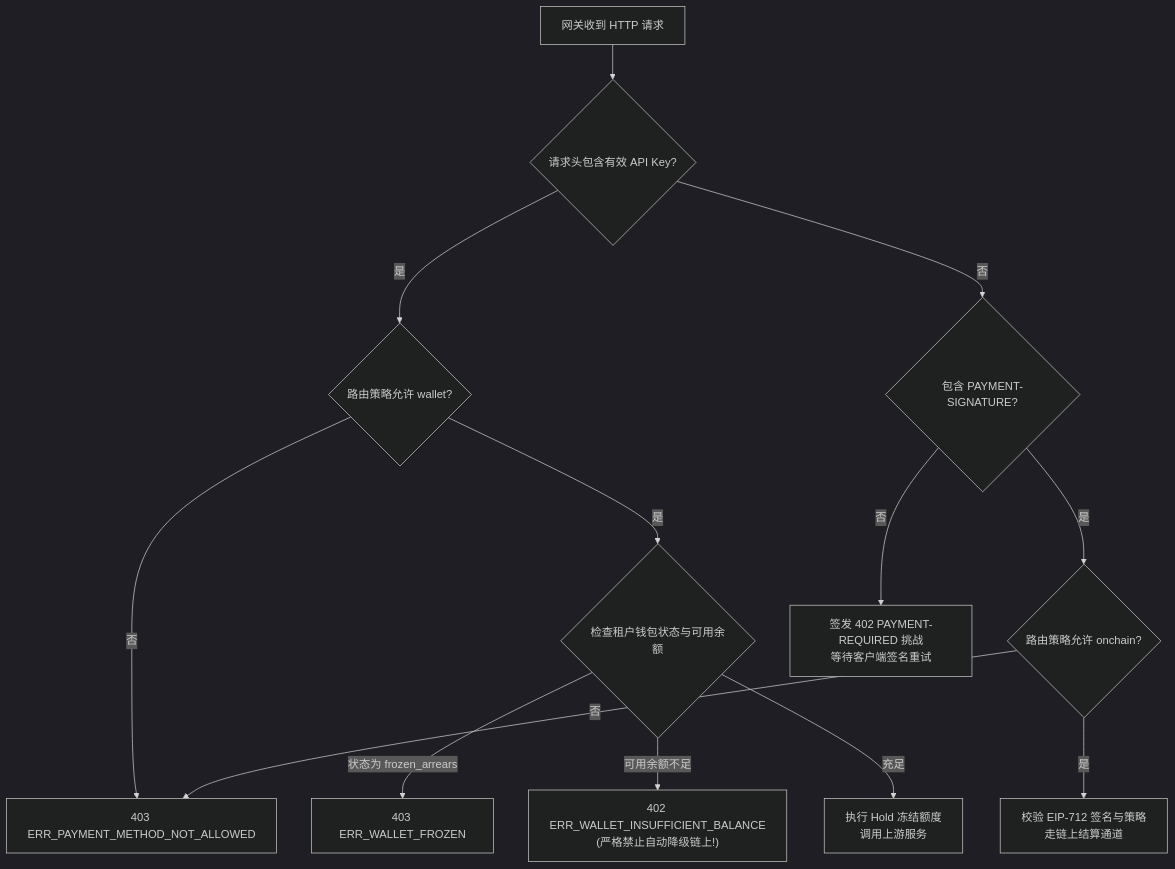
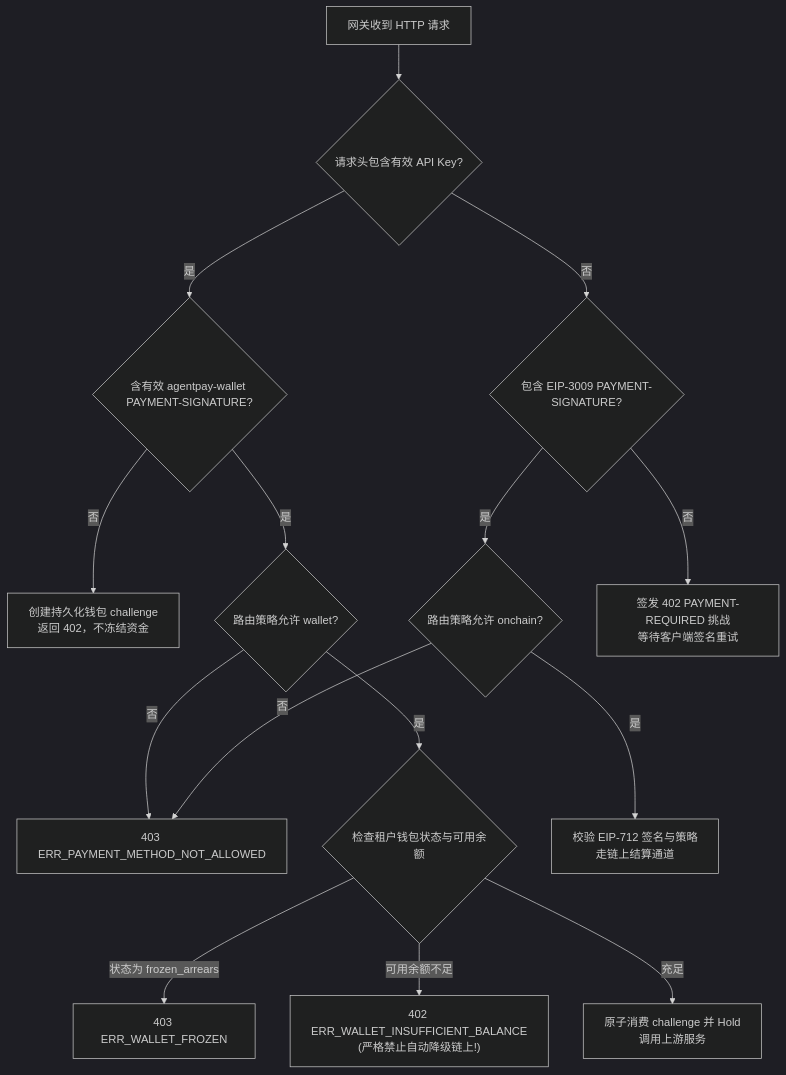
One commit to open-agentpay/AgentPay changed the diagram in specs/protocol-consistency-spec.md. Above: the diagram before and after it, drawn with Mermaid (dark theme). The commit also changed other lines of this file and 45 other files, not shown here.

Commit message:
feat: add wallet price challenge flow

````diff
--- a/specs/protocol-consistency-spec.md
+++ b/specs/protocol-consistency-spec.md
@@ -84,19 +90,21 @@
 ```mermaid
 flowchart TD
     Req["网关收到 HTTP 请求"] --> CheckAuth{"请求头包含有效 API Key?"}
     
-    CheckAuth -- 是 --> CheckRouteWallet{"路由策略允许 wallet?"}
+    CheckAuth -- 是 --> CheckWalletAuth{"含有效 agentpay-wallet PAYMENT-SIGNATURE?"}
+    CheckWalletAuth -- 否 --> IssueWallet402["创建持久化钱包 challenge<br>返回 402，不冻结资金"]
+    CheckWalletAuth -- 是 --> CheckRouteWallet{"路由策略允许 wallet?"}
     CheckRouteWallet -- 否 --> ErrMethod["403 ERR_PAYMENT_METHOD_NOT_ALLOWED"]
     CheckRouteWallet -- 是 --> CheckWalletBal{"检查租户钱包状态与可用余额"}
     
     CheckWalletBal -- 状态为 frozen_arrears --> ErrFrozen["403 ERR_WALLET_FROZEN"]
     CheckWalletBal -- 可用余额不足 --> ErrBal["402 ERR_WALLET_INSUFFICIENT_BALANCE<br>(严格禁止自动降级链上!)"]
-    CheckWalletBal -- 充足 --> ExecHold["执行 Hold 冻结额度<br>调用上游服务"]
+    CheckWalletBal -- 充足 --> ExecHold["原子消费 challenge 并 Hold<br>调用上游服务"]
     
-    CheckAuth -- 否 --> CheckSig{"包含 PAYMENT-SIGNATURE?"}
+    CheckAuth -- 否 --> CheckSig{"包含 EIP-3009 PAYMENT-SIGNATURE?"}
     CheckSig -- 是 --> CheckRouteOnchain{"路由策略允许 onchain?"}
     CheckRouteOnchain -- 否 --> ErrMethod
     CheckRouteOnchain -- 是 --> VerifySig["校验 EIP-712 签名与策略<br>走链上结算通道"]
     
     CheckSig -- 否 --> Issue402["签发 402 PAYMENT-REQUIRED 挑战<br>等待客户端签名重试"]
 ```
````
